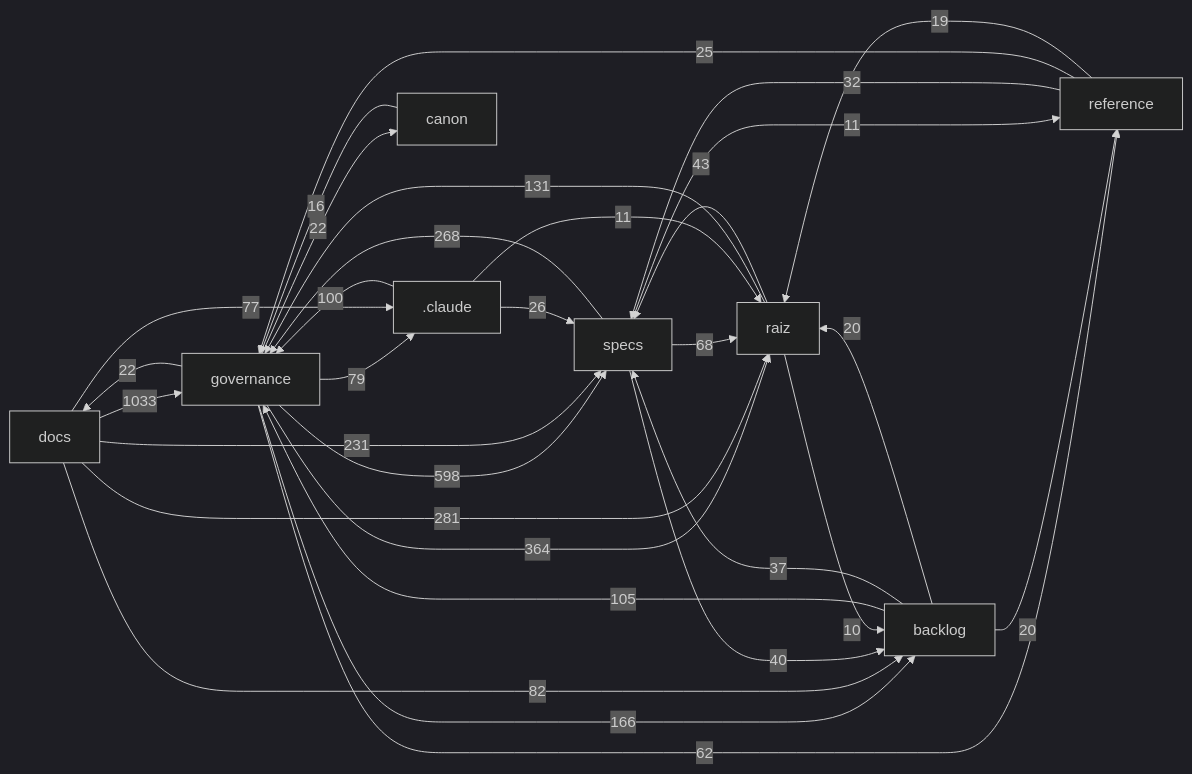
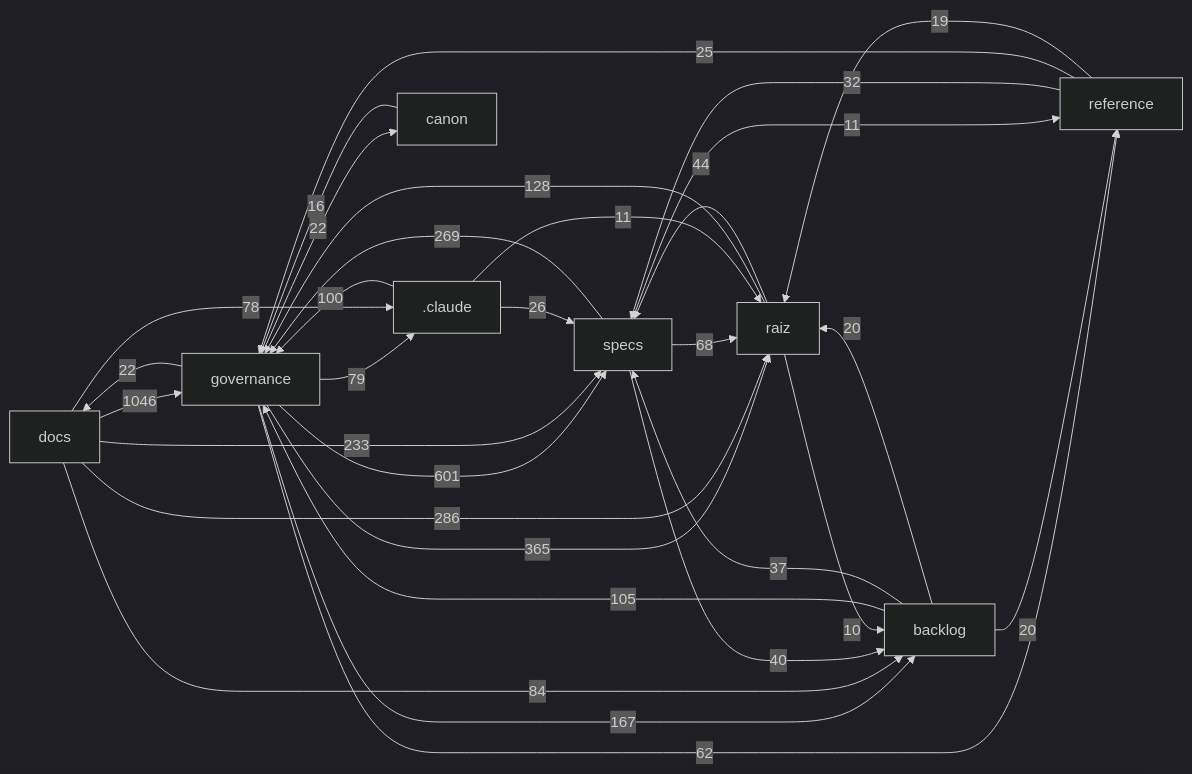
One commit to Andraus35/Sistema-Operacional-de-Trading--SOT changed the diagram in docs/mapa/MAPA-PROJETO.md. Above: the diagram before and after it, drawn with Mermaid (dark theme). The commit also changed other lines of this file and 6 other files, not shown here.

````diff
--- a/docs/mapa/MAPA-PROJETO.md
+++ b/docs/mapa/MAPA-PROJETO.md
@@ -29,33 +29,33 @@
 ```mermaid
 flowchart LR
-  docs["docs"] -->|1033| governance["governance"]
-  governance["governance"] -->|598| specs["specs"]
-  governance["governance"] -->|364| raiz["raiz"]
-  docs["docs"] -->|281| raiz["raiz"]
-  specs["specs"] -->|268| governance["governance"]
-  docs["docs"] -->|231| specs["specs"]
-  governance["governance"] -->|166| backlog["backlog"]
-  raiz["raiz"] -->|131| governance["governance"]
+  docs["docs"] -->|1046| governance["governance"]
+  governance["governance"] -->|601| specs["specs"]
+  governance["governance"] -->|365| raiz["raiz"]
+  docs["docs"] -->|286| raiz["raiz"]
+  specs["specs"] -->|269| governance["governance"]
+  docs["docs"] -->|233| specs["specs"]
+  governance["governance"] -->|167| backlog["backlog"]
+  raiz["raiz"] -->|128| governance["governance"]
   backlog["backlog"] -->|105| governance["governance"]
   _claude[".claude"] -->|100| governance["governance"]
-  docs["docs"] -->|82| backlog["backlog"]
+  docs["docs"] -->|84| backlog["backlog"]
   governance["governance"] -->|79| _claude[".claude"]
-  docs["docs"] -->|77| _claude[".claude"]
+  docs["docs"] -->|78| _claude[".claude"]
   specs["specs"] -->|68| raiz["raiz"]
   governance["governance"] -->|62| reference["reference"]
-  raiz["raiz"] -->|43| specs["specs"]
+  raiz["raiz"] -->|44| specs["specs"]
   specs["specs"] -->|40| backlog["backlog"]
   backlog["backlog"] -->|37| specs["specs"]
   reference["reference"] -->|32| specs["specs"]
   _claude[".claude"] -->|26| specs["specs"]
   reference["reference"] -->|25| governance["governance"]
   governance["governance"] -->|22| docs["docs"]
   governance["governance"] -->|22| canon["canon"]
   backlog["backlog"] -->|20| raiz["raiz"]
   backlog["backlog"] -->|20| reference["reference"]
   reference["reference"] -->|19| raiz["raiz"]
   canon["canon"] -->|16| governance["governance"]
   _claude[".claude"] -->|11| raiz["raiz"]
   specs["specs"] -->|11| reference["reference"]
   raiz["raiz"] -->|10| backlog["backlog"]
 ```
````
